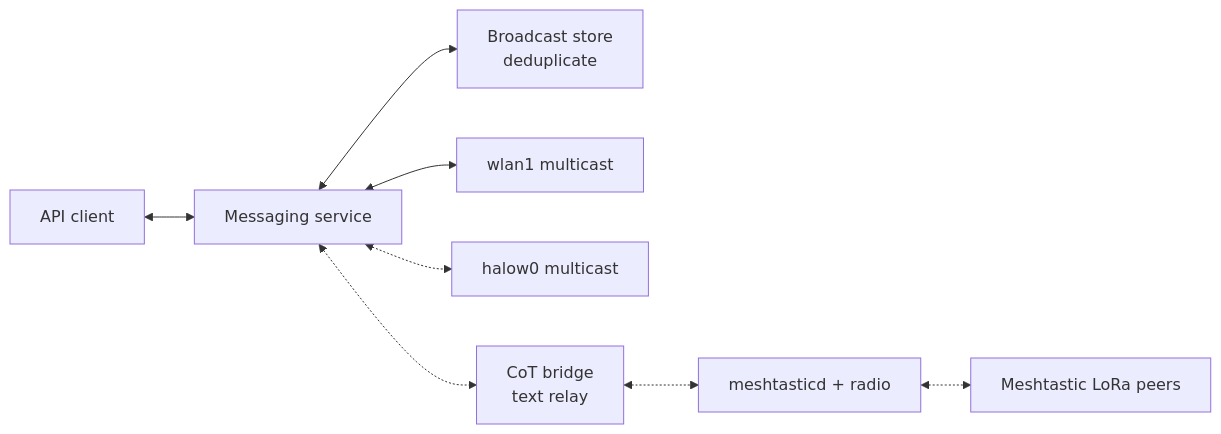
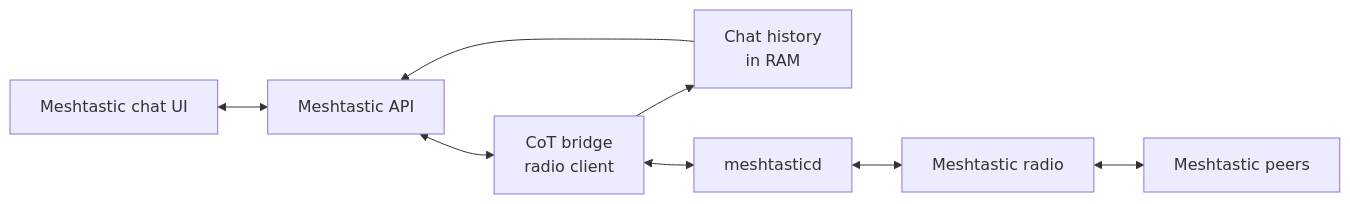
Before and after one commit to Natak-Mesh/V3_OS: the third of 6 diagrams in docs/architecture.md, drawn with Mermaid. The commit also changed other lines of this file, not shown here.

Commit message:
docs: replace broadcast diagram with Meshtastic chat

````diff
--- a/docs/architecture.md
+++ b/docs/architecture.md
@@ -99,10 +99,10 @@
 ```mermaid
 flowchart LR
-    client["API client"] <--> service["Messaging service"]
-    service <--> store["Broadcast store<br/>deduplicate"]
-    service <--> wifi["wlan1 multicast"]
-    service <-.-> halow["halow0 multicast"]
-    service <-.-> bridge["CoT bridge<br/>text relay"]
-    bridge <-.-> radio["meshtasticd + radio"]
-    radio <-.-> lora["Meshtastic LoRa peers"]
+    ui["Meshtastic chat UI"] <--> api["Meshtastic API"]
+    api <--> bridge["CoT bridge<br/>radio client"]
+    bridge --> store["Chat history<br/>in RAM"]
+    store --> api
+    bridge <--> daemon["meshtasticd"]
+    daemon <--> radio["Meshtastic radio"]
+    radio <--> peers["Meshtastic peers"]
 ```
````
